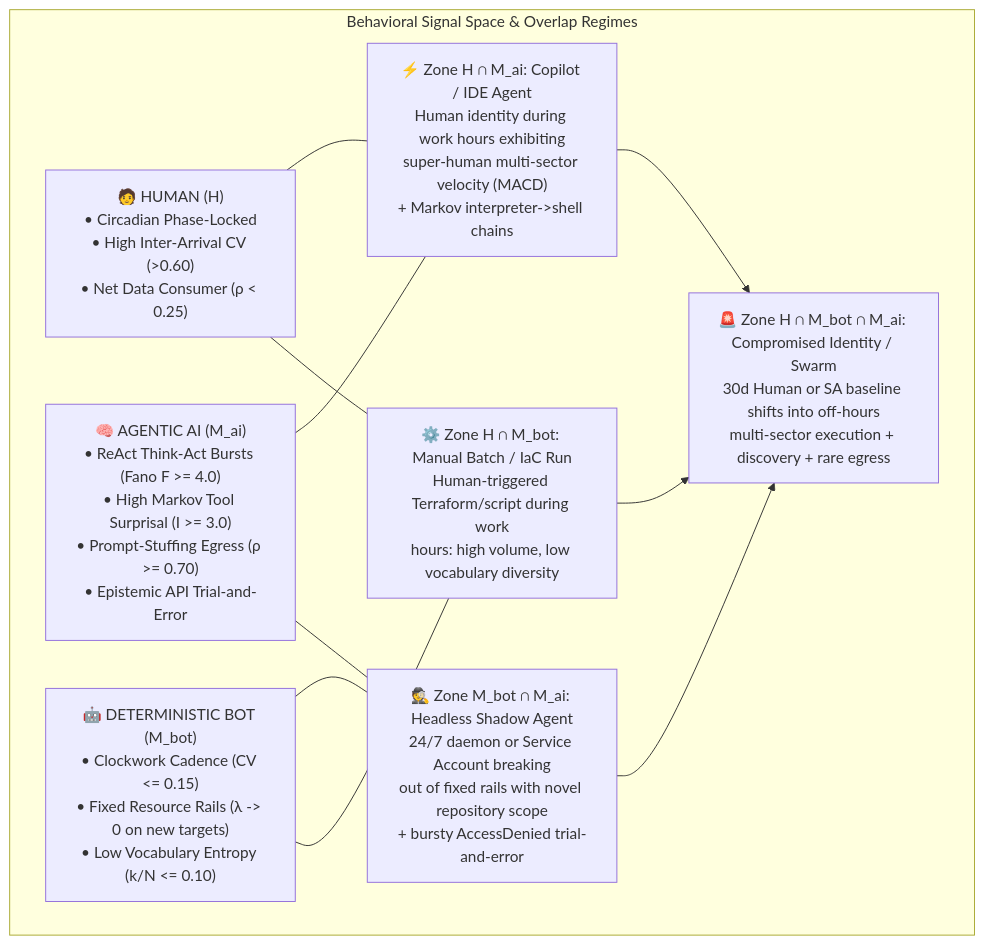
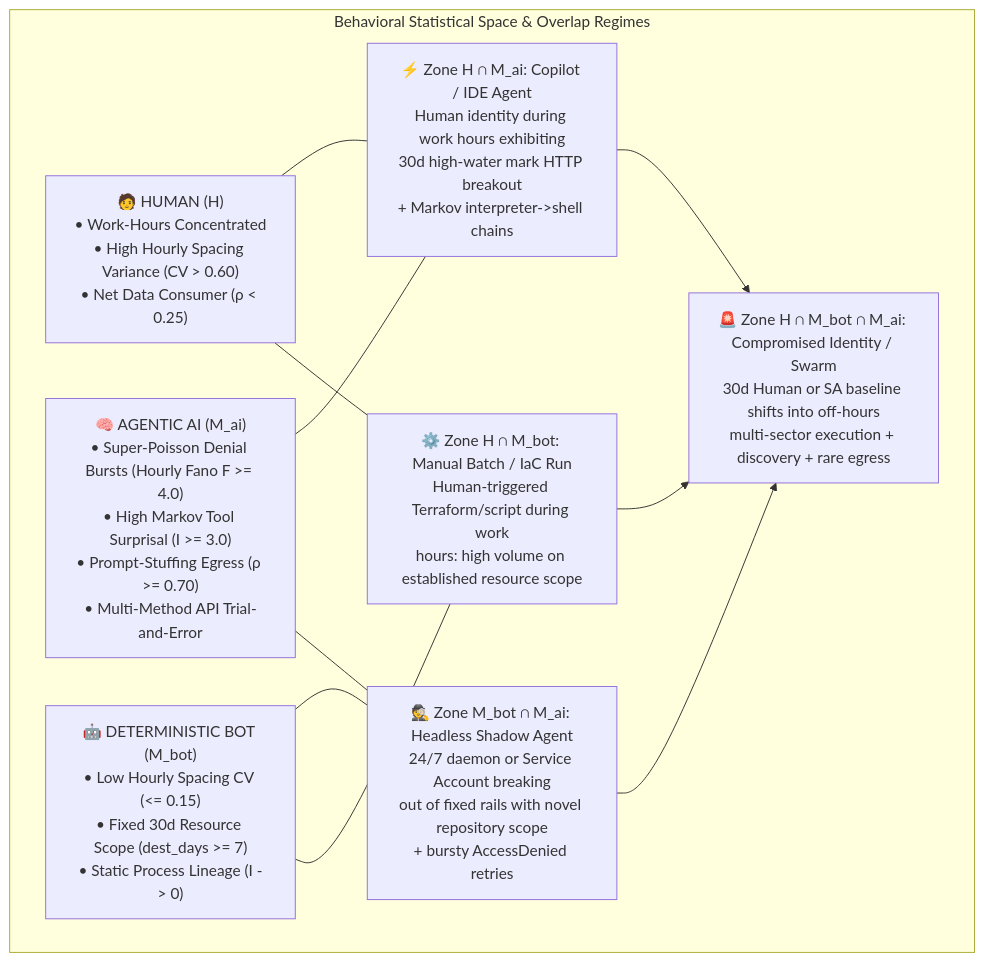
The diagram in shadow-ai-agentic-ueba-hunting.md (GooGKush/docs), drawn with Mermaid before and after one commit. The commit also changed other lines of this file and 2 other files, not shown here.

````diff
--- a/shadow-ai-agentic-ueba-hunting.md
+++ b/shadow-ai-agentic-ueba-hunting.md
@@ -44,21 +51,21 @@
 ```mermaid
 flowchart TD
-    subgraph Venn["Behavioral Signal Space & Overlap Regimes"]
-        H["🧑 HUMAN (H)\n• Circadian Phase-Locked\n• High Inter-Arrival CV (>0.60)\n• Net Data Consumer (ρ < 0.25)"]
-        B["🤖 DETERMINISTIC BOT (M_bot)\n• Clockwork Cadence (CV <= 0.15)\n• Fixed Resource Rails (λ -> 0 on new targets)\n• Low Vocabulary Entropy (k/N <= 0.10)"]
-        AI["🧠 AGENTIC AI (M_ai)\n• ReAct Think-Act Bursts (Fano F >= 4.0)\n• High Markov Tool Surprisal (I >= 3.0)\n• Prompt-Stuffing Egress (ρ >= 0.70)\n• Epistemic API Trial-and-Error"]
+    subgraph Venn["Behavioral Statistical Space & Overlap Regimes"]
+        H["🧑 HUMAN (H)\n• Work-Hours Concentrated\n• High Hourly Spacing Variance (CV > 0.60)\n• Net Data Consumer (ρ < 0.25)"]
+        B["🤖 DETERMINISTIC BOT (M_bot)\n• Low Hourly Spacing CV (<= 0.15)\n• Fixed 30d Resource Scope (dest_days >= 7)\n• Static Process Lineage (I -> 0)"]
+        AI["🧠 AGENTIC AI (M_ai)\n• Super-Poisson Denial Bursts (Hourly Fano F >= 4.0)\n• High Markov Tool Surprisal (I >= 3.0)\n• Prompt-Stuffing Egress (ρ >= 0.70)\n• Multi-Method API Trial-and-Error"]
 
-        H_AI["⚡ Zone H ∩ M_ai: Copilot / IDE Agent\nHuman identity during work hours exhibiting\nsuper-human multi-sector velocity (MACD)\n+ Markov interpreter->shell chains"]
-        B_AI["🕵️ Zone M_bot ∩ M_ai: Headless Shadow Agent\n24/7 daemon or Service Account breaking\nout of fixed rails with novel repository scope\n+ bursty AccessDenied trial-and-error"]
-        H_B["⚙️ Zone H ∩ M_bot: Manual Batch / IaC Run\nHuman-triggered Terraform/script during work\nhours: high volume, low vocabulary diversity"]
+        H_AI["⚡ Zone H ∩ M_ai: Copilot / IDE Agent\nHuman identity during work hours exhibiting\n30d high-water mark HTTP breakout\n+ Markov interpreter->shell chains"]
+        B_AI["🕵️ Zone M_bot ∩ M_ai: Headless Shadow Agent\n24/7 daemon or Service Account breaking\nout of fixed rails with novel repository scope\n+ bursty AccessDenied retries"]
+        H_B["⚙️ Zone H ∩ M_bot: Manual Batch / IaC Run\nHuman-triggered Terraform/script during work\nhours: high volume on established resource scope"]
         ALL["🚨 Zone H ∩ M_bot ∩ M_ai: Compromised Identity / Swarm\n30d Human or SA baseline shifts into off-hours\nmulti-sector execution + discovery + rare egress"]
     end
 
     H --- H_AI
     AI --- H_AI
     B --- B_AI
     AI --- B_AI
     H --- H_B
     B --- H_B
     H_AI & B_AI & H_B --> ALL
 ```
````
